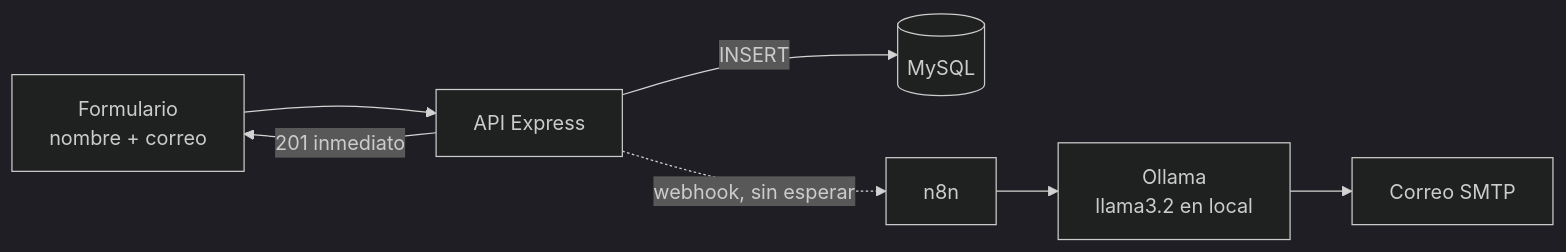
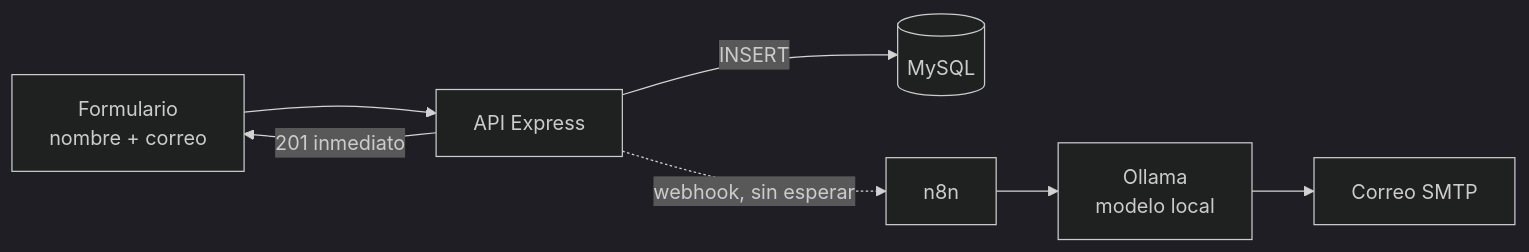
The diagram in README.md (B0T3RO-24842/registro-n8n-ia), drawn with Mermaid (dark theme) before and after one commit. The commit also changed other lines of this file and 2 other files, not shown here.

First line of the commit message:
Usa el flujo real de n8n, documenta Ollama y agrega portada

````diff
--- a/README.md
+++ b/README.md
@@ -7,9 +9,9 @@
 ```mermaid
 flowchart LR
   A[Formulario<br/>nombre + correo] --> B[API Express]
   B -->|INSERT| C[(MySQL)]
   B -->|201 inmediato| A
   B -.->|webhook, sin esperar| D[n8n]
-  D --> E[Ollama<br/>llama3.2 en local]
+  D --> E[Ollama<br/>modelo local]
   E --> F[Correo SMTP]
 ```
````
